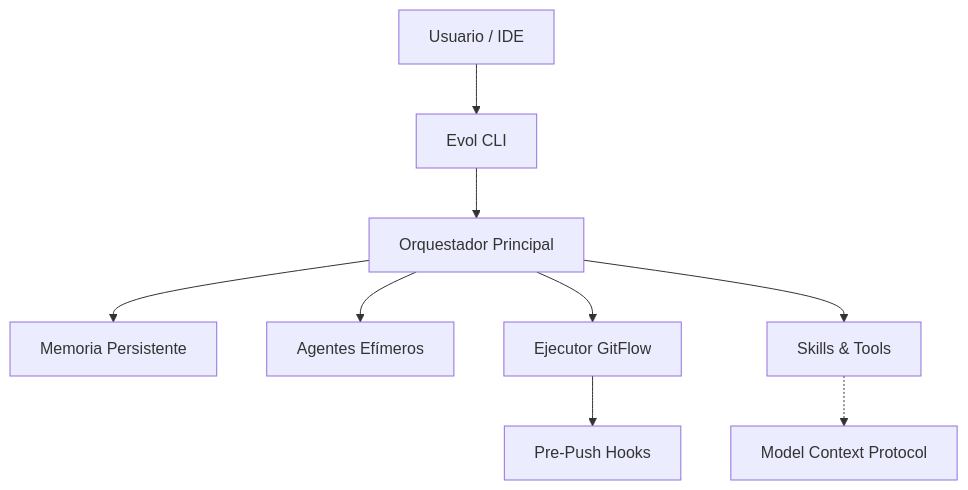
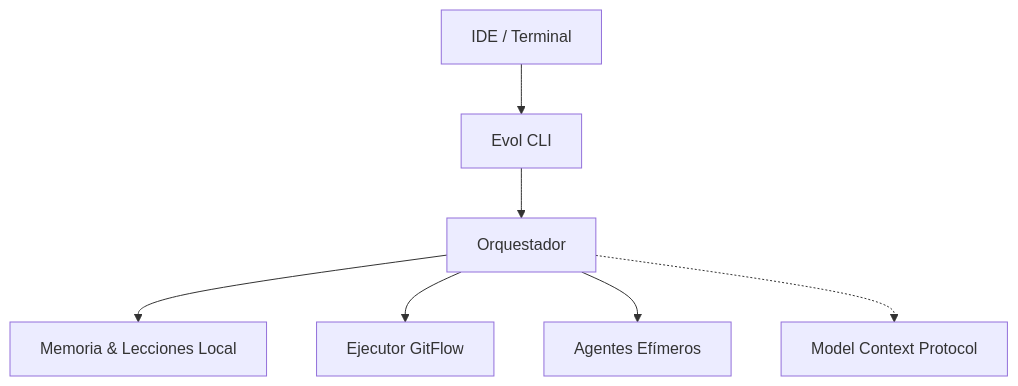
One commit to Cucholambr3ta/evol-system changed the diagram in README.md. Above: the diagram before and after it, drawn with Mermaid. The commit also changed other lines of this file and 2 other files, not shown here.

````diff
--- a/README.md
+++ b/README.md
@@ -119,11 +93,9 @@
 ```mermaid
 graph TD
-    A[Usuario / IDE] --> B[Evol CLI]
-    B --> C[Orquestador Principal]
-    C --> D[Memoria Persistente]
-    C --> E[Agentes Efímeros]
-    C --> F[Ejecutor GitFlow]
-    F --> G[Pre-Push Hooks]
-    C --> H[Skills & Tools]
-    H -.-> I[Model Context Protocol]
+    A[IDE / Terminal] --> B[Evol CLI]
+    B --> C[Orquestador]
+    C --> D[Memoria & Lecciones Local]
+    C --> E[Ejecutor GitFlow]
+    C --> F[Agentes Efímeros]
+    C -.-> G[Model Context Protocol]
 ```
````
